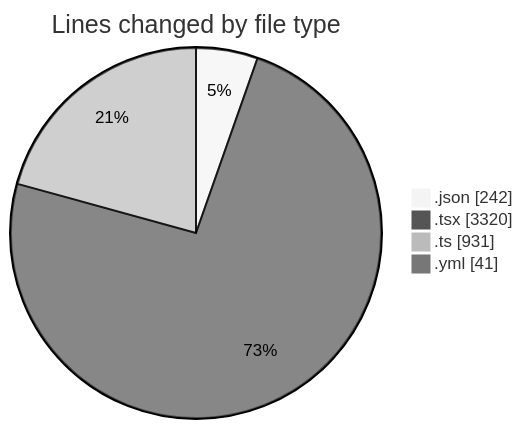
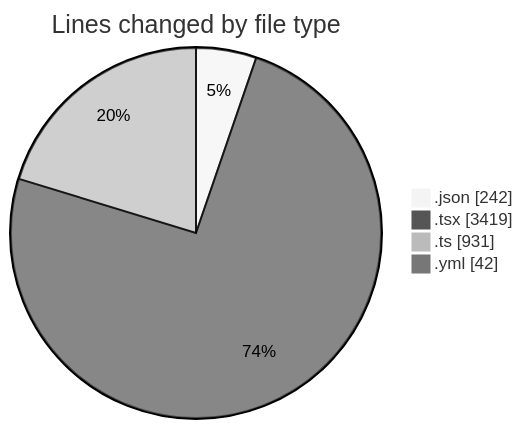
One commit to julien-gomy/code-tracking changed the first of 2 diagrams in 2025-11-17/eventscop-frontend-guide__workspace_/README.md. Above: the diagram before and after it, drawn with Mermaid (neutral theme). The commit also changed other lines of this file and 1 other file, not shown here.

````diff
--- a/2025-11-17/eventscop-frontend-guide__workspace_/README.md
+++ b/2025-11-17/eventscop-frontend-guide__workspace_/README.md
@@ -44,8 +44,8 @@
 ```mermaid
 pie showData
 title Lines changed by file type
 ".json" : 242
-".tsx" : 3320
+".tsx" : 3419
 ".ts" : 931
-".yml" : 41
+".yml" : 42
 ```
````
